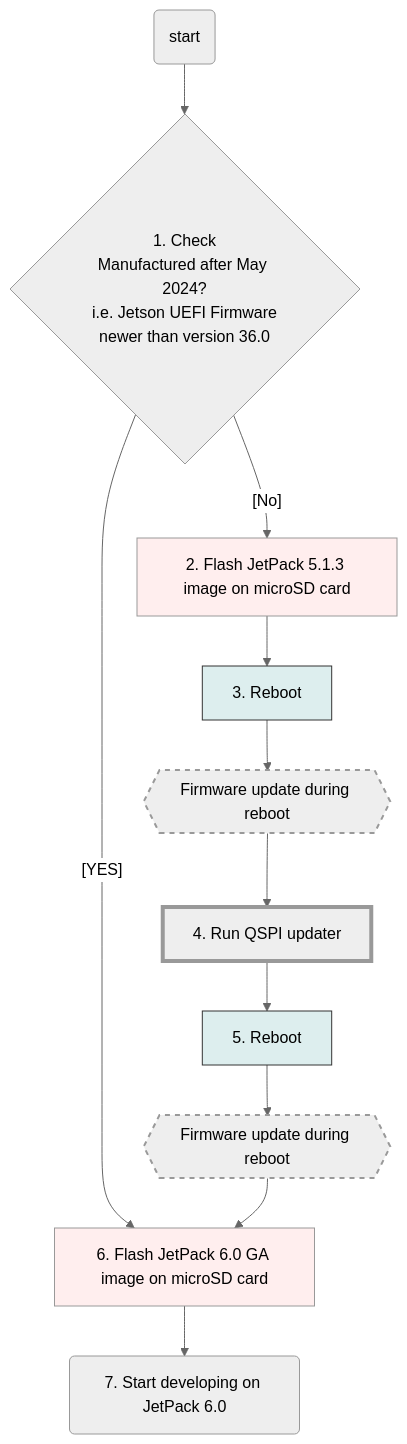
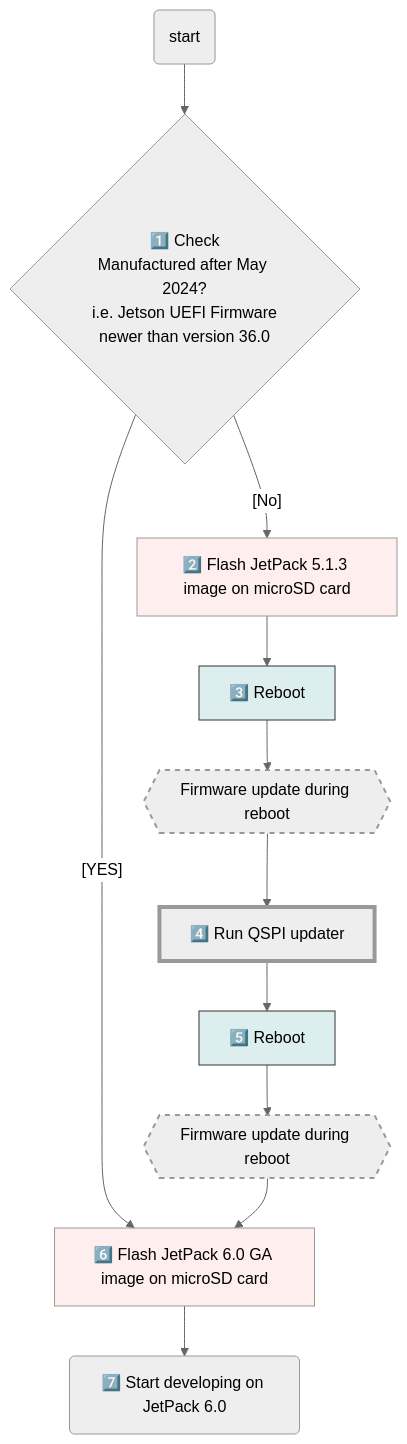
The diagram in docs/initial_setup_jon.md (NVIDIA-AI-IOT/jetson-generative-ai-playground), drawn with Mermaid (neutral theme) before and after one commit. The commit also changed other lines of this file, not shown here.

Commit message:
Remove numbers so not to be confused as markdown numbered list

````diff
--- a/docs/initial_setup_jon.md
+++ b/docs/initial_setup_jon.md
@@ -53,18 +53,18 @@
     ```mermaid
     flowchart
-        A(start) --> B{1. Check<br>Manufactured after May 2024?<br>i.e. Jetson UEFI Firmware<br>newer than version 36.0}
-        B --[YES] --> O[6. Flash JetPack 6.0 GA image on microSD card]
-        B --[No] --> C[2. Flash JetPack 5.1.3 image on microSD card]
-        C --> D[3. Reboot] --> E{{Firmware update during reboot}}
-        E --> F[4. Run QSPI updater] --> G[5. Reboot] --> H{{Firmware update during reboot}}
+        A(start) --> B{1️⃣ Check<br>Manufactured after May 2024?<br>i.e. Jetson UEFI Firmware<br>newer than version 36.0}
+        B --[YES] --> O[6️⃣ Flash JetPack 6.0 GA image on microSD card]
+        B --[No] --> C[2️⃣ Flash JetPack 5.1.3 image on microSD card]
+        C --> D[3️⃣ Reboot] --> E{{Firmware update during reboot}}
+        E --> F[4️⃣ Run QSPI updater] --> G[5️⃣ Reboot] --> H{{Firmware update during reboot}}
         H --> O
-        O --> P(7. Start developing on JetPack 6.0) 
+        O --> P(7️⃣ Start developing on JetPack 6.0) 
 
         style C fill:#fee
         style D fill:#DEE,stroke:#333
         style G fill:#DEE,stroke:#333
         style F stroke-width:4px
         style E stroke-width:2px,stroke-dasharray: 5 5
         style H stroke-width:2px,stroke-dasharray: 5 5
         style O fill:#fee
     ```
````
